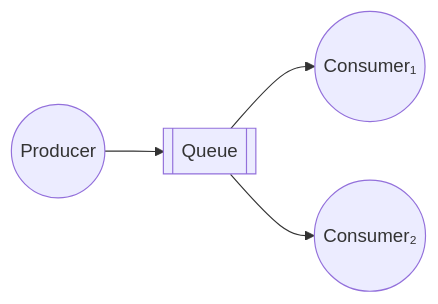
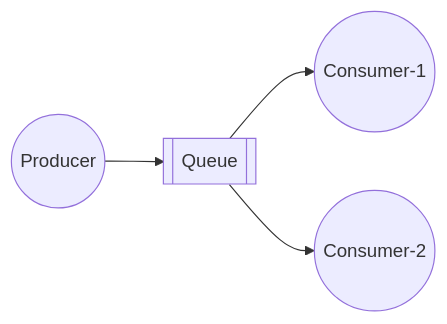
The second of 6 diagrams in chapter05/README.md (robert0714/Udemy_RabbitMQ_In_Practice_2022), drawn with Mermaid before and after one commit. The commit also changed other lines of this file, not shown here.

````diff
--- a/chapter05/README.md
+++ b/chapter05/README.md
@@ -27,16 +27,16 @@
 ```mermaid
 flowchart LR
     P((Producer))
     Q[[Queue]]
-    C1((Consumer₁))
-    C2((Consumer₂))
+    C1((Consumer-1))
+    C2((Consumer-2))
 
     P --> Q ;
     Q --> C1 ;
     Q --> C2 ;
 
     class P mermaid-producer
     class Q mermaid-queue
     class C1 mermaid-consumer
     class C2 mermaid-consumer
 ```
````
